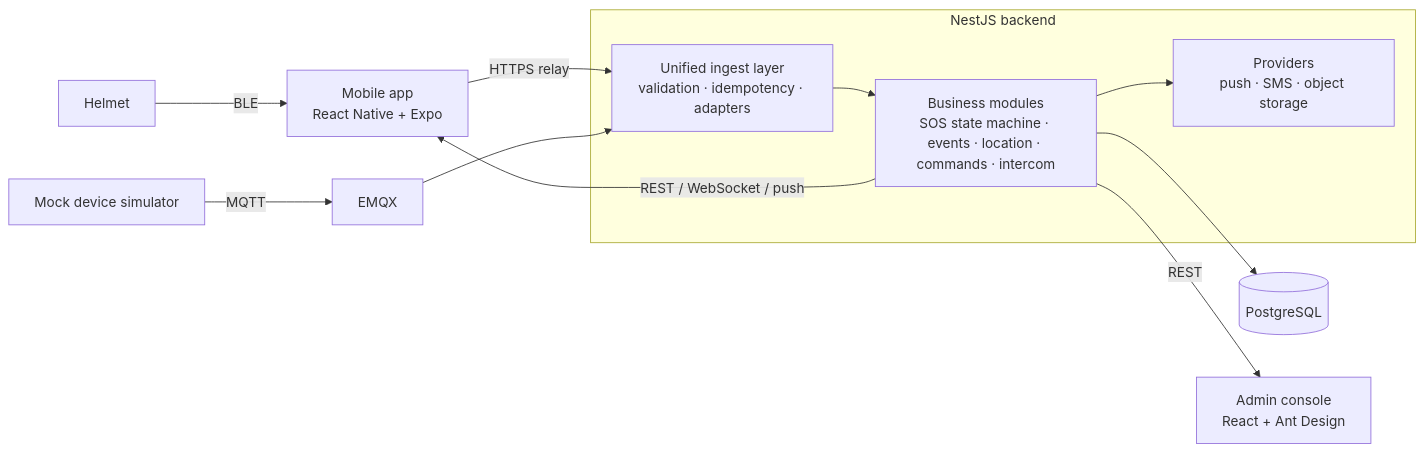
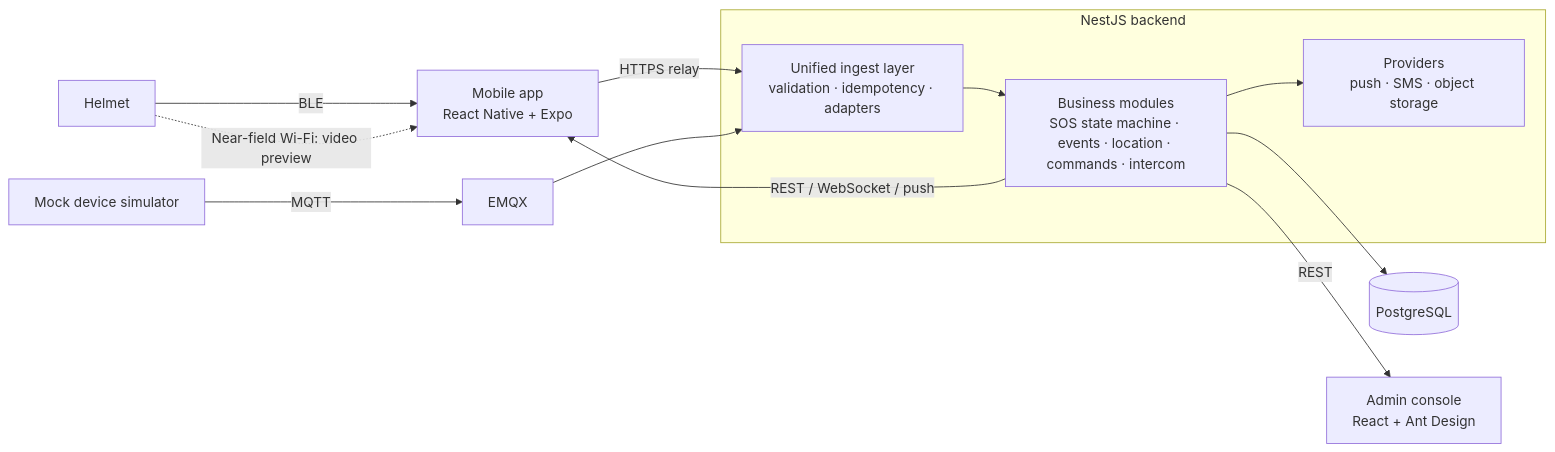
Before and after one commit to Dragolone/AI-Smart-Helmet-01WeiChuang: the second of 2 diagrams in README.md, drawn with Mermaid. The commit also changed other lines of this file, not shown here.

Commit message:
docs(readme): 更新到 10-26——App 名零一智行、仓库已公开、补蓝牙中转与视频预览、Mock 中转模式与 tour 剧本、文档索引与当前状态

````diff
--- a/README.md
+++ b/README.md
@@ -193,14 +219,15 @@
 ```mermaid
 flowchart LR
   helmet["Helmet"] -- "BLE" --> app["Mobile app<br/>React Native + Expo"]
+  helmet -.->|"Near-field Wi-Fi: video preview"| app
   app -- "HTTPS relay" --> ingest
   mock["Mock device simulator"] -- "MQTT" --> emqx["EMQX"]
   emqx --> ingest
   subgraph backend["NestJS backend"]
     ingest["Unified ingest layer<br/>validation · idempotency · adapters"] --> biz["Business modules<br/>SOS state machine · events · location · commands · intercom"]
     biz --> prov["Providers<br/>push · SMS · object storage"]
   end
   biz --> pg[("PostgreSQL")]
   biz -- "REST / WebSocket / push" --> app
   biz -- "REST" --> admin["Admin console<br/>React + Ant Design"]
 ```
````
